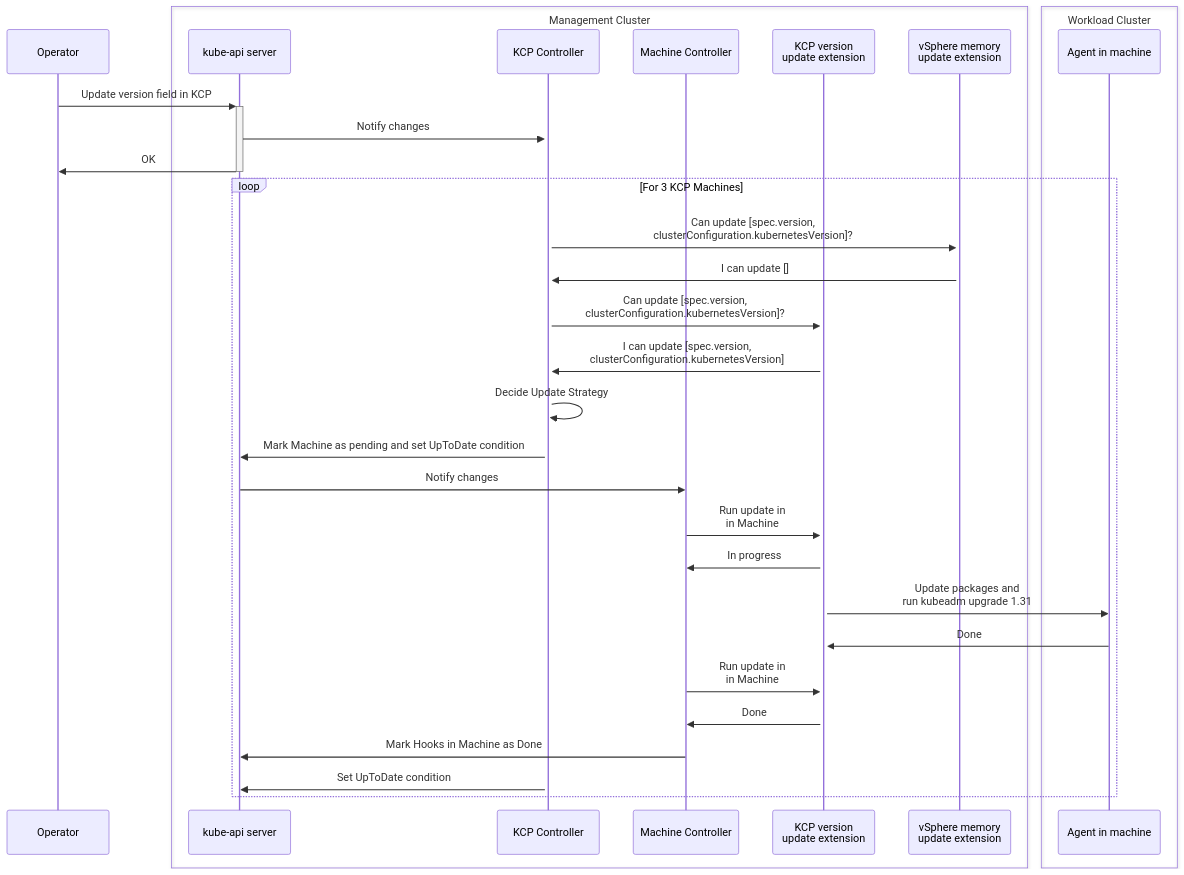
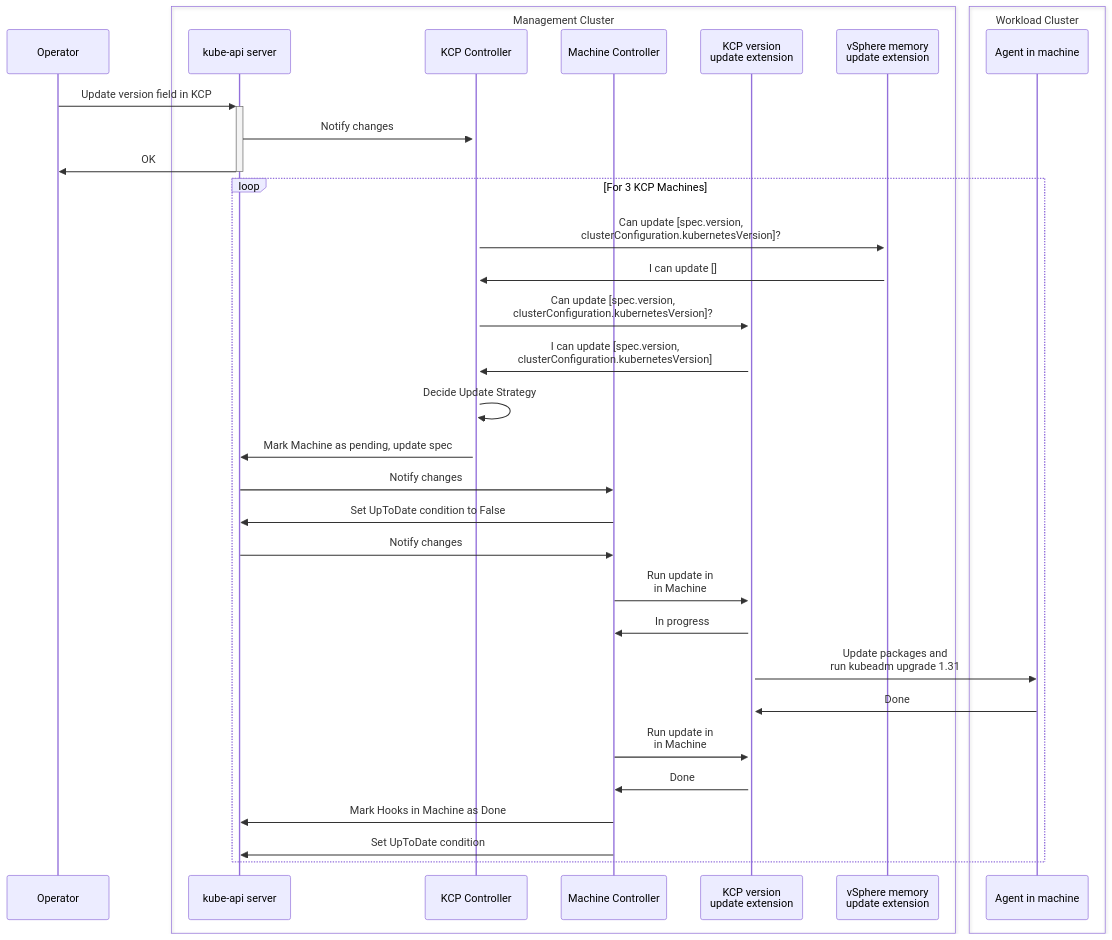
Before and after one commit to g-gaston/cluster-api: the sixth of 9 diagrams in docs/proposals/20240807-in-place-updates.md, drawn with Mermaid. The commit also changed other lines of this file, not shown here.

````diff
--- a/docs/proposals/20240807-in-place-updates.md
+++ b/docs/proposals/20240807-in-place-updates.md
@@ -421,37 +421,39 @@
 ```mermaid
 sequenceDiagram
     participant Operator
 
     box Management Cluster
         participant apiserver as kube-api server
         participant capi as KCP Controller
         participant mach as Machine Controller
         participant hook as KCP version <br>update extension
         participant hook2 as vSphere memory <br>update extension
     end
     
     box Workload Cluster
         participant machines as Agent in machine
     end    
 
     Operator->>+apiserver: Update version field in KCP
     apiserver->>+capi: Notify changes
     apiserver->>-Operator: OK
     loop For 3 KCP Machines
         capi->>+hook2: Can update [spec.version,<br>clusterConfiguration.kubernetesVersion]?
         hook2->>capi: I can update []
         capi->>+hook: Can update [spec.version,<br>clusterConfiguration.kubernetesVersion]?
         hook->>capi: I can update [spec.version,<br>clusterConfiguration.kubernetesVersion]
         capi->>capi: Decide Update Strategy
-        capi->>apiserver: Mark Machine as pending and set UpToDate condition
+        capi->>apiserver: Mark Machine as pending, update spec
+        apiserver->>mach: Notify changes
+        mach->>apiserver: Set UpToDate condition to False
         apiserver->>mach: Notify changes
         mach->>hook: Run update in<br> in Machine
         hook->>mach: In progress
         hook->>machines: Update packages and<br>run kubeadm upgrade 1.31
         machines->>hook: Done
         mach->>hook: Run update in<br> in Machine
         hook->>mach: Done
         mach->>apiserver: Mark Hooks in Machine as Done
-        capi->>apiserver: Set UpToDate condition
+        mach->>apiserver: Set UpToDate condition
     end
 ```
````
